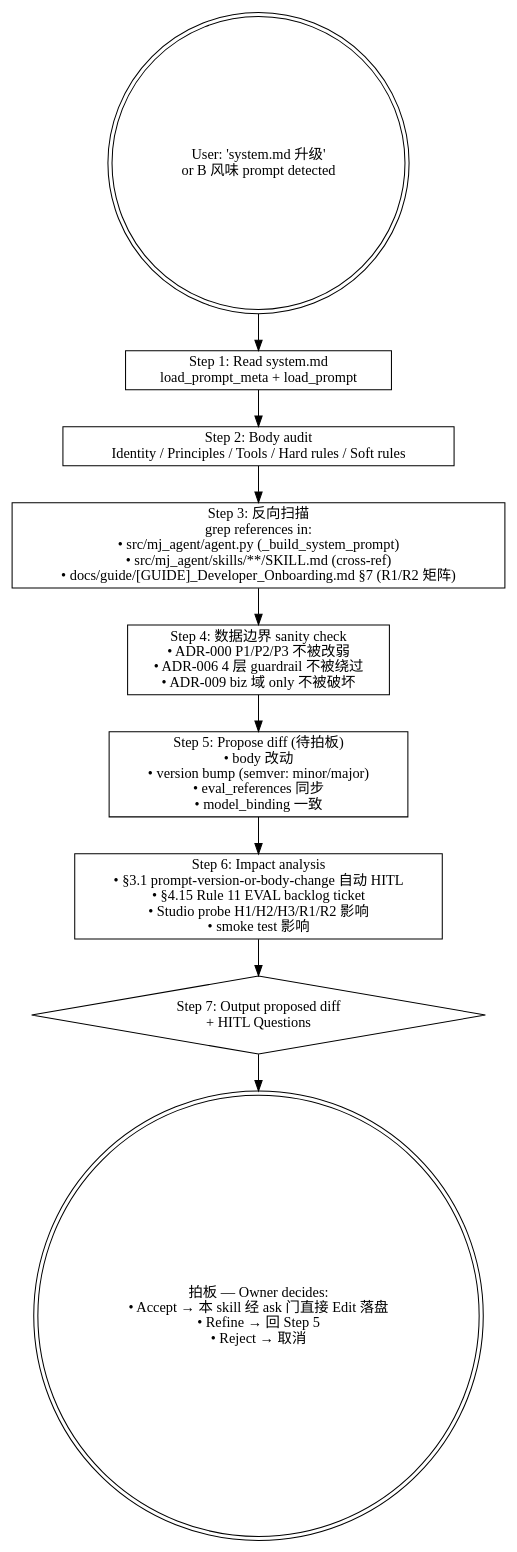
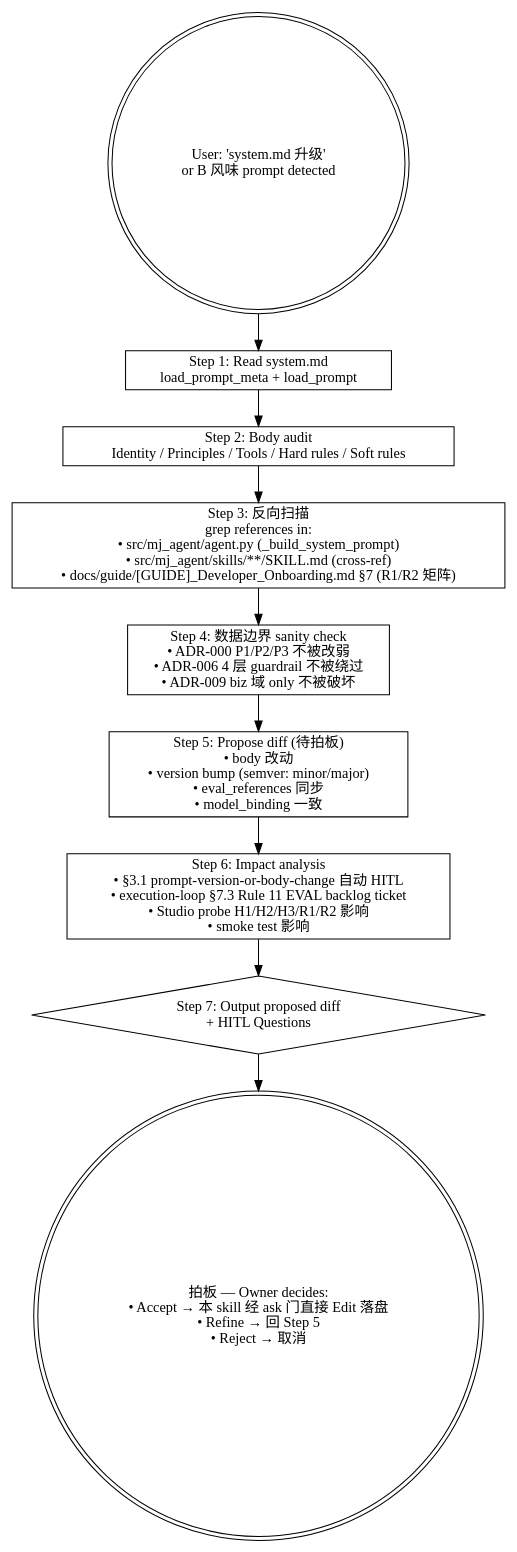
The diagram in .claude/skills/mj-agent-runtime-prompt-version-bump/SKILL.md (MJ-AgentLab/mj-agent), drawn with Graphviz before and after one commit. The commit also changed 7 other files, not shown here.

First line of the commit message:
docs(claude): re-point bare HITL_Prompt section refs in skills (#455)

````diff
--- a/.claude/skills/mj-agent-runtime-prompt-version-bump/SKILL.md
+++ b/.claude/skills/mj-agent-runtime-prompt-version-bump/SKILL.md
@@ -45,24 +45,24 @@
 ```dot
 digraph bump {
   rankdir=TB;
   start [label="User: 'system.md 升级'\nor B 风味 prompt detected" shape=doublecircle];
 
   s1 [label="Step 1: Read system.md\nload_prompt_meta + load_prompt" shape=box];
 
   s2 [label="Step 2: Body audit\nIdentity / Principles / Tools / Hard rules / Soft rules" shape=box];
 
   s3 [label="Step 3: 反向扫描\ngrep references in:\n• src/mj_agent/agent.py (_build_system_prompt)\n• src/mj_agent/skills/**/SKILL.md (cross-ref)\n• docs/guide/[GUIDE]_Developer_Onboarding.md §7 (R1/R2 矩阵)" shape=box];
 
   s4 [label="Step 4: 数据边界 sanity check\n• ADR-000 P1/P2/P3 不被改弱\n• ADR-006 4 层 guardrail 不被绕过\n• ADR-009 biz 域 only 不被破坏" shape=box];
 
   s5 [label="Step 5: Propose diff (待拍板)\n• body 改动\n• version bump (semver: minor/major)\n• eval_references 同步\n• model_binding 一致" shape=box];
 
-  s6 [label="Step 6: Impact analysis\n• §3.1 prompt-version-or-body-change 自动 HITL\n• §4.15 Rule 11 EVAL backlog ticket\n• Studio probe H1/H2/H3/R1/R2 影响\n• smoke test 影响" shape=box];
+  s6 [label="Step 6: Impact analysis\n• §3.1 prompt-version-or-body-change 自动 HITL\n• execution-loop §7.3 Rule 11 EVAL backlog ticket\n• Studio probe H1/H2/H3/R1/R2 影响\n• smoke test 影响" shape=box];
 
   s7 [label="Step 7: Output proposed diff\n+ HITL Questions" shape=diamond];
 
   hitl [label="拍板 — Owner decides:\n• Accept → 本 skill 经 ask 门直接 Edit 落盘\n• Refine → 回 Step 5\n• Reject → 取消" shape=doublecircle];
 
   start -> s1 -> s2 -> s3 -> s4 -> s5 -> s6 -> s7 -> hitl;
 }
 ```
````
